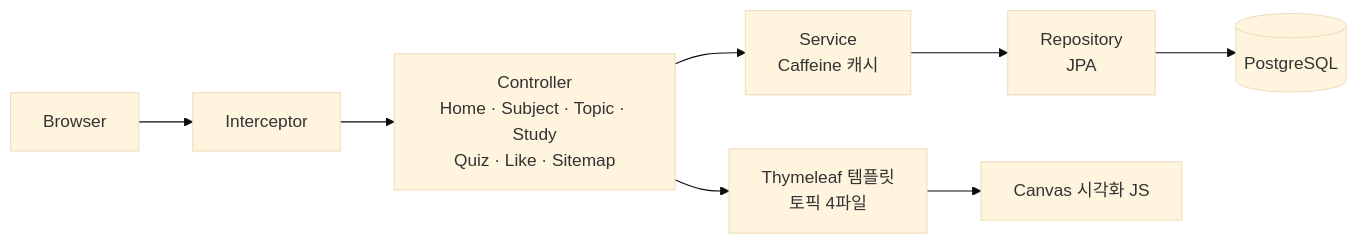
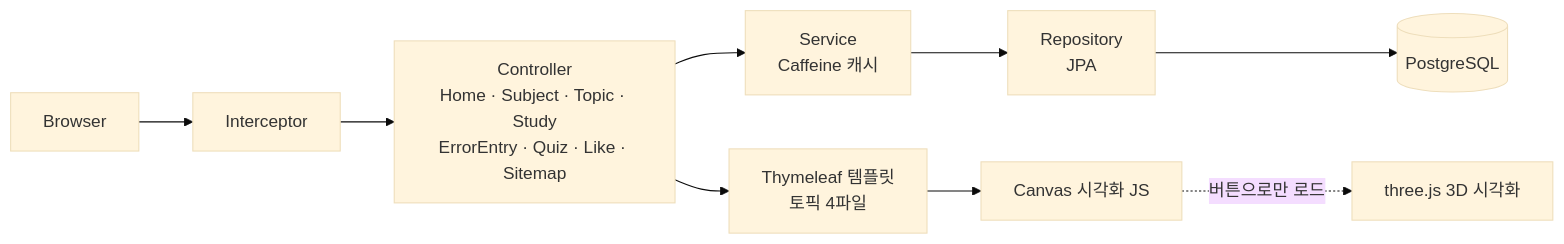
The diagram in README.md (Hasegos/cs-flow), drawn with Mermaid (base theme) before and after one commit. The commit also changed other lines of this file, not shown here.

````diff
--- a/README.md
+++ b/README.md
@@ -141,10 +145,11 @@
 ```mermaid
 flowchart LR
     B[Browser] --> I[Interceptor]
-    I --> C[Controller<br/>Home · Subject · Topic · Study<br/>Quiz · Like · Sitemap]
+    I --> C[Controller<br/>Home · Subject · Topic · Study<br/>ErrorEntry · Quiz · Like · Sitemap]
     C --> S[Service<br/>Caffeine 캐시]
     S --> R[Repository<br/>JPA]
     R --> D[(PostgreSQL)]
     C --> T[Thymeleaf 템플릿<br/>토픽 4파일]
     T --> V[Canvas 시각화 JS]
+    V -. 버튼으로만 로드 .-> W[three.js 3D 시각화]
 ```
````
